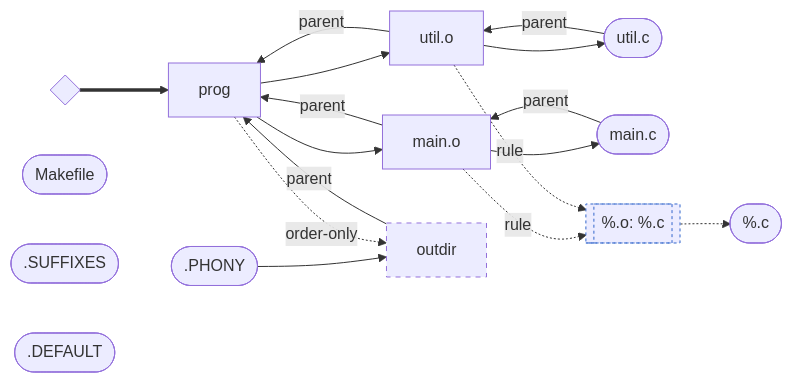
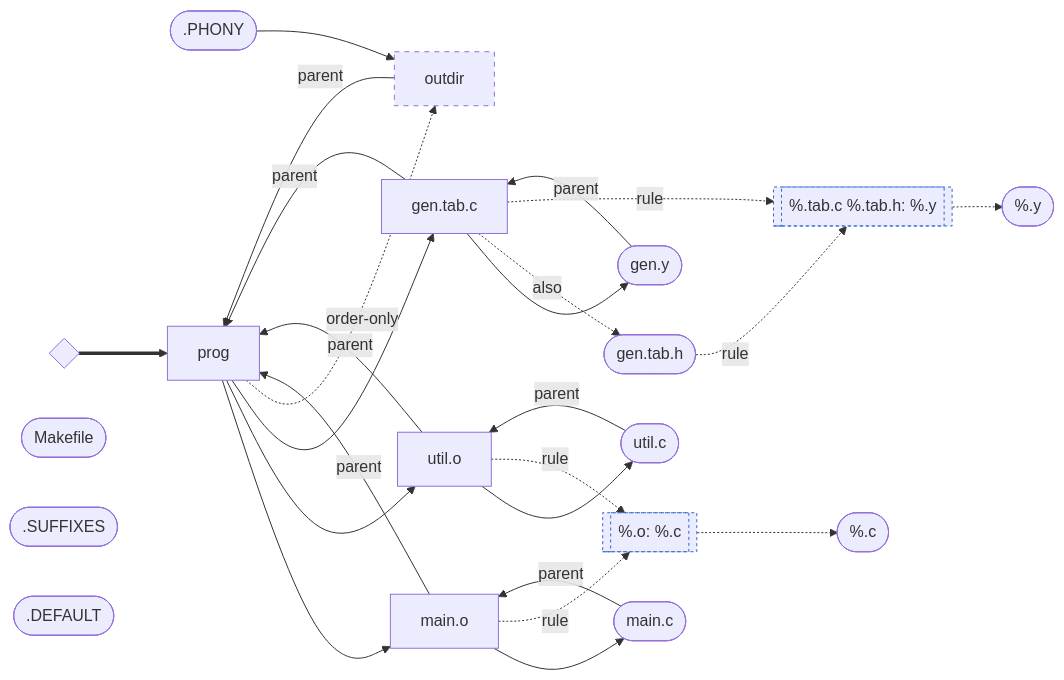
Before and after one commit to sevki/makers: the second of 2 diagrams in docs/depgraph-makefile.md, drawn with Mermaid. The commit also changed other lines of this file and 3 other files, not shown here.

````diff
--- a/docs/depgraph-makefile.md
+++ b/docs/depgraph-makefile.md
@@ -61,35 +70,48 @@
 ```mermaid
 flowchart LR
   n0{"<root>"}
-  n1["main.o"]
-  n2(["util.c"])
-  n3(["Makefile"])
-  n4(["%.c"])
-  n5["util.o"]
-  n6([".SUFFIXES"])
-  n7(["main.c"])
-  n8([".PHONY"])
-  n9([".DEFAULT"])
-  n10["prog"]
-  n11["outdir"]
-  n12[["%.o: %.c"]]
-  n0 ==> n10
-  n1 --> n7
-  n1 -->|parent| n10
-  n1 -.->|rule| n12
-  n2 -->|parent| n5
-  n5 --> n2
-  n5 -->|parent| n10
-  n5 -.->|rule| n12
-  n7 -->|parent| n1
-  n8 --> n11
-  n10 --> n1
-  n10 --> n5
-  n10 -.->|order-only| n11
-  n11 -->|parent| n10
-  n12 -.-> n4
+  n1(["gen.y"])
+  n2["main.o"]
+  n3(["util.c"])
+  n4(["Makefile"])
+  n5(["%.c"])
+  n6["gen.tab.c"]
+  n7(["%.y"])
+  n8["util.o"]
+  n9([".SUFFIXES"])
+  n10(["main.c"])
+  n11(["gen.tab.h"])
+  n12([".PHONY"])
+  n13([".DEFAULT"])
+  n14["prog"]
+  n15["outdir"]
+  n16[["%.tab.c %.tab.h: %.y"]]
+  n17[["%.o: %.c"]]
+  n0 ==> n14
+  n1 -->|parent| n6
+  n2 --> n10
+  n2 -->|parent| n14
+  n2 -.->|rule| n17
+  n3 -->|parent| n8
+  n6 --> n1
+  n6 -.->|also| n11
+  n6 -->|parent| n14
+  n6 -.->|rule| n16
+  n8 --> n3
+  n8 -->|parent| n14
+  n8 -.->|rule| n17
+  n10 -->|parent| n2
+  n11 -.->|rule| n16
+  n12 --> n15
+  n14 --> n2
+  n14 --> n8
+  n14 --> n6
+  n14 -.->|order-only| n15
+  n15 -->|parent| n14
+  n16 -.-> n7
+  n17 -.-> n5
   classDef phony stroke-dasharray:5 5;
-  class n11 phony;
+  class n15 phony;
   classDef rule stroke:#36c,stroke-dasharray:3 3;
-  class n12 rule;
+  class n16,n17 rule;
 ```
````
